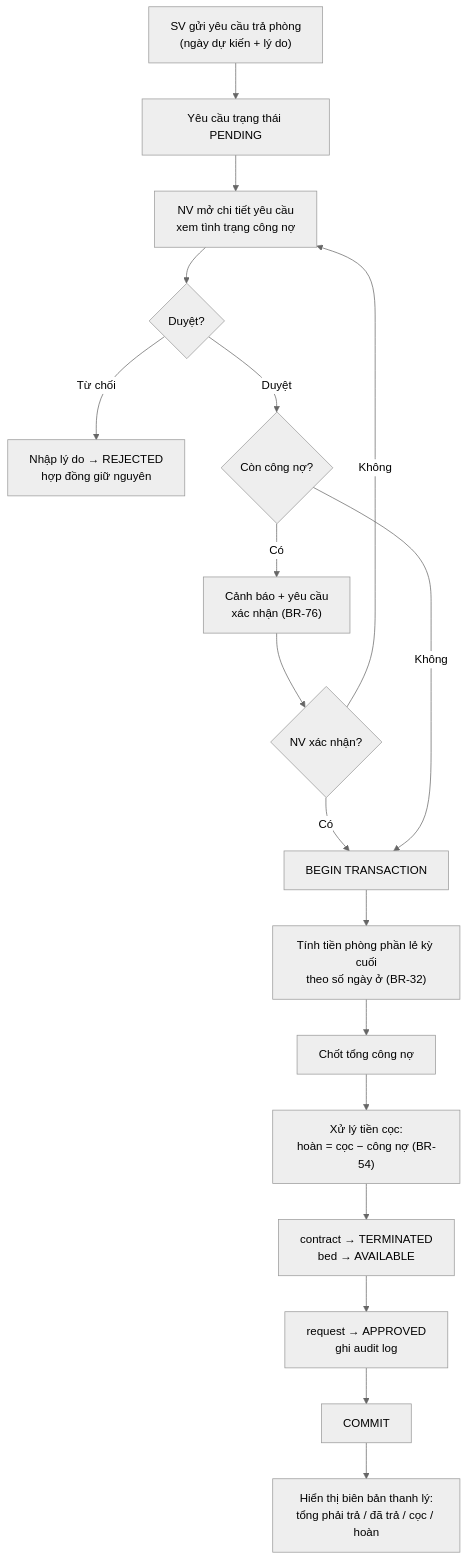
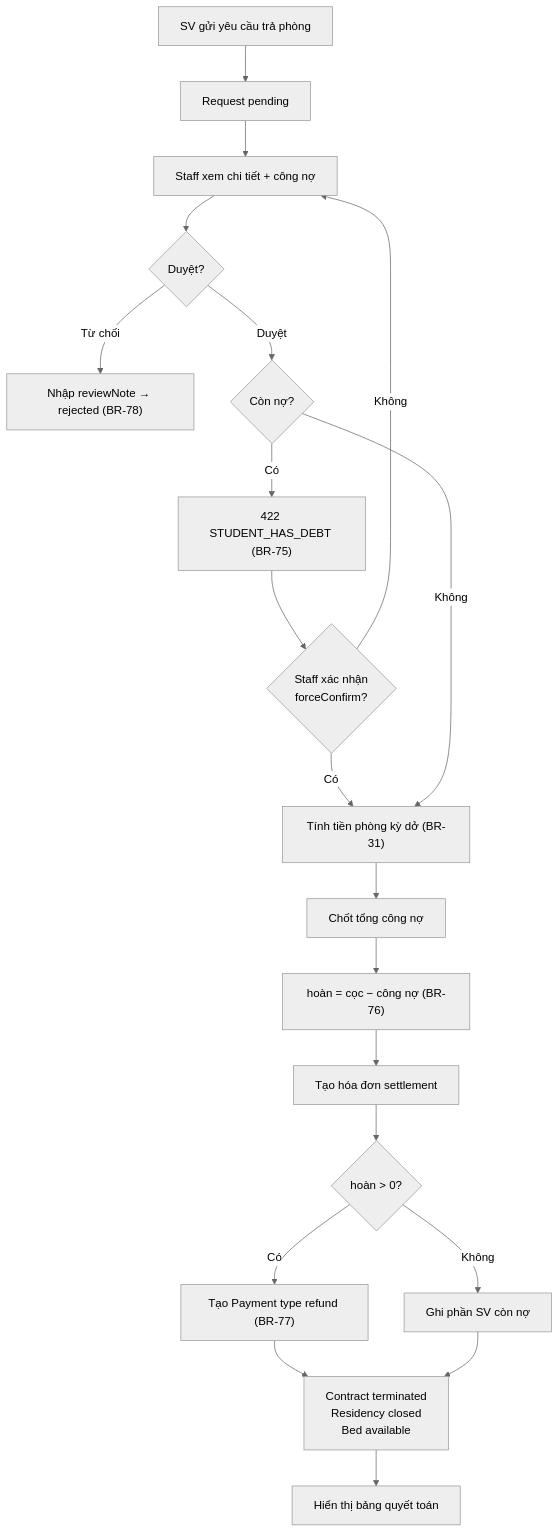
Before and after one commit to NguyenMinh205/FE_QuanLyKTX: diagram 11 of 11 in docs/03-PHAN-TICH-NGHIEP-VU.md, drawn with Mermaid (neutral theme). The commit also changed other lines of this file and 45 other files, not shown here.

````diff
--- a/docs/03-PHAN-TICH-NGHIEP-VU.md
+++ b/docs/03-PHAN-TICH-NGHIEP-VU.md
@@ -382,20 +489,22 @@
 ```mermaid
 flowchart TD
-    A["SV gửi yêu cầu trả phòng<br/>(ngày dự kiến + lý do)"] --> B["Yêu cầu trạng thái PENDING"]
-    B --> C["NV mở chi tiết yêu cầu<br/>xem tình trạng công nợ"]
+    A["SV gửi yêu cầu trả phòng"] --> B["Request pending"]
+    B --> C["Staff xem chi tiết + công nợ"]
     C --> D{"Duyệt?"}
-    D -->|"Từ chối"| E["Nhập lý do → REJECTED<br/>hợp đồng giữ nguyên"]
-    D -->|"Duyệt"| F{"Còn công nợ?"}
-    F -->|"Có"| G["Cảnh báo + yêu cầu<br/>xác nhận (BR-76)"]
-    G --> H{"NV xác nhận?"}
+    D -->|"Từ chối"| E["Nhập reviewNote → rejected (BR-78)"]
+    D -->|"Duyệt"| F{"Còn nợ?"}
+    F -->|"Có"| G["422 STUDENT_HAS_DEBT (BR-75)"]
+    G --> H{"Staff xác nhận<br/>forceConfirm?"}
     H -->|"Không"| C
     H -->|"Có"| I
-    F -->|"Không"| I["BEGIN TRANSACTION"]
-    I --> J["Tính tiền phòng phần lẻ kỳ cuối<br/>theo số ngày ở (BR-32)"]
-    J --> K["Chốt tổng công nợ"]
-    K --> L["Xử lý tiền cọc:<br/>hoàn = cọc − công nợ (BR-54)"]
-    L --> M["contract → TERMINATED<br/>bed → AVAILABLE"]
-    M --> N["request → APPROVED<br/>ghi audit log"]
-    N --> O["COMMIT"]
-    O --> P["Hiển thị biên bản thanh lý:<br/>tổng phải trả / đã trả / cọc / hoàn"]
+    F -->|"Không"| I["Tính tiền phòng kỳ dở (BR-31)"]
+    I --> J["Chốt tổng công nợ"]
+    J --> K["hoàn = cọc − công nợ (BR-76)"]
+    K --> L["Tạo hóa đơn settlement"]
+    L --> M{"hoàn > 0?"}
+    M -->|"Có"| N["Tạo Payment type refund (BR-77)"]
+    M -->|"Không"| O["Ghi phần SV còn nợ"]
+    N --> P["Contract terminated<br/>Residency closed<br/>Bed available"]
+    O --> P
+    P --> Q["Hiển thị bảng quyết toán"]
 ```
````
